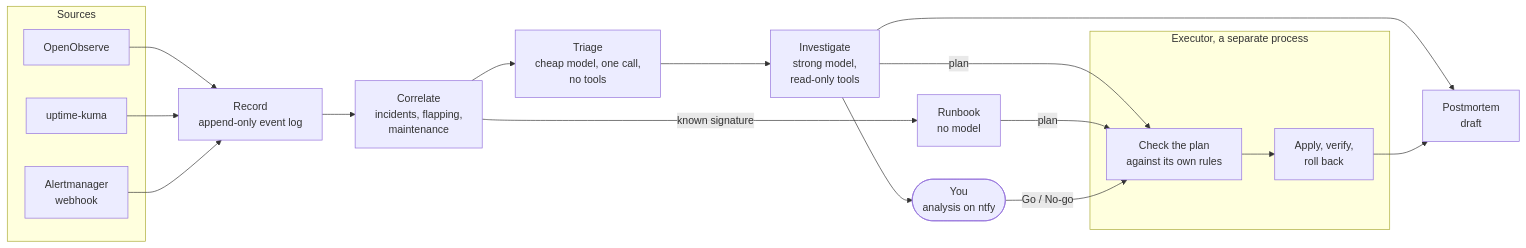
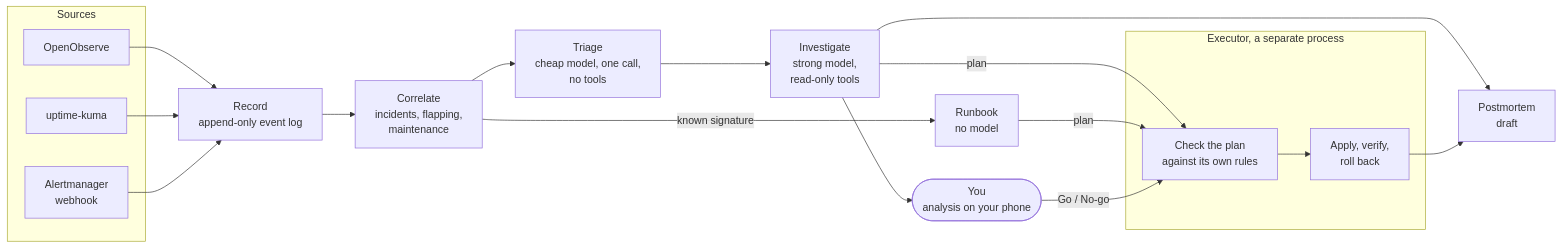
One commit to mmornati/paeon changed the diagram in README.md. Above: the diagram before and after it, drawn with Mermaid. The commit also changed other lines of this file and 20 other files, not shown here.

````diff
--- a/README.md
+++ b/README.md
@@ -63,21 +63,21 @@
 ```mermaid
 flowchart LR
     subgraph Sources
       OO[OpenObserve]
       UK[uptime-kuma]
       AM[Alertmanager<br/>webhook]
     end
     OO & UK & AM --> REC[Record<br/>append-only event log]
     REC --> COR[Correlate<br/>incidents, flapping,<br/>maintenance]
     COR --> TRI[Triage<br/>cheap model, one call,<br/>no tools]
     TRI --> INV[Investigate<br/>strong model,<br/>read-only tools]
     COR -- known signature --> RB[Runbook<br/>no model]
-    INV --> YOU([You<br/>analysis on ntfy])
+    INV --> YOU([You<br/>analysis on your phone])
     INV --> PM[Postmortem<br/>draft]
     INV & RB -- plan --> EXE
     YOU -- Go / No-go --> EXE
     subgraph Executor [Executor, a separate process]
       EXE[Check the plan<br/>against its own rules] --> ACT[Apply, verify,<br/>roll back]
     end
     ACT --> PM
 ```
````
